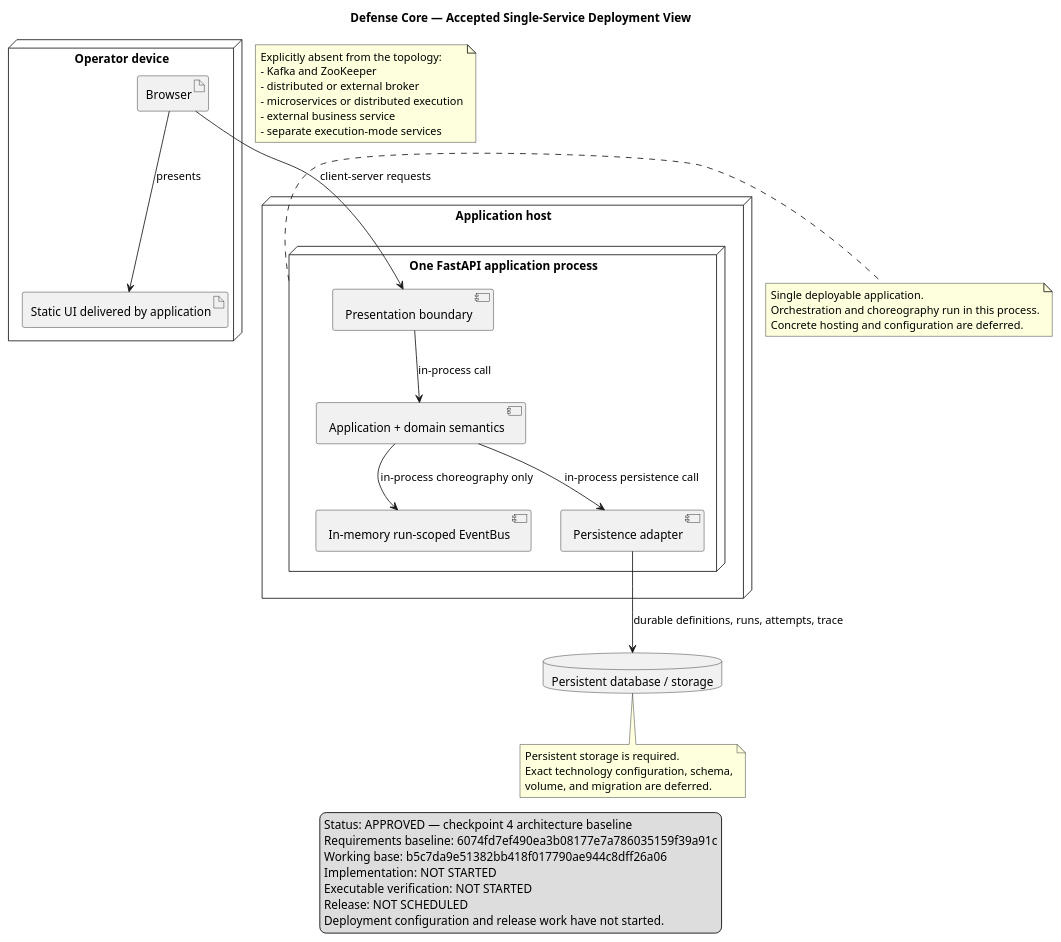
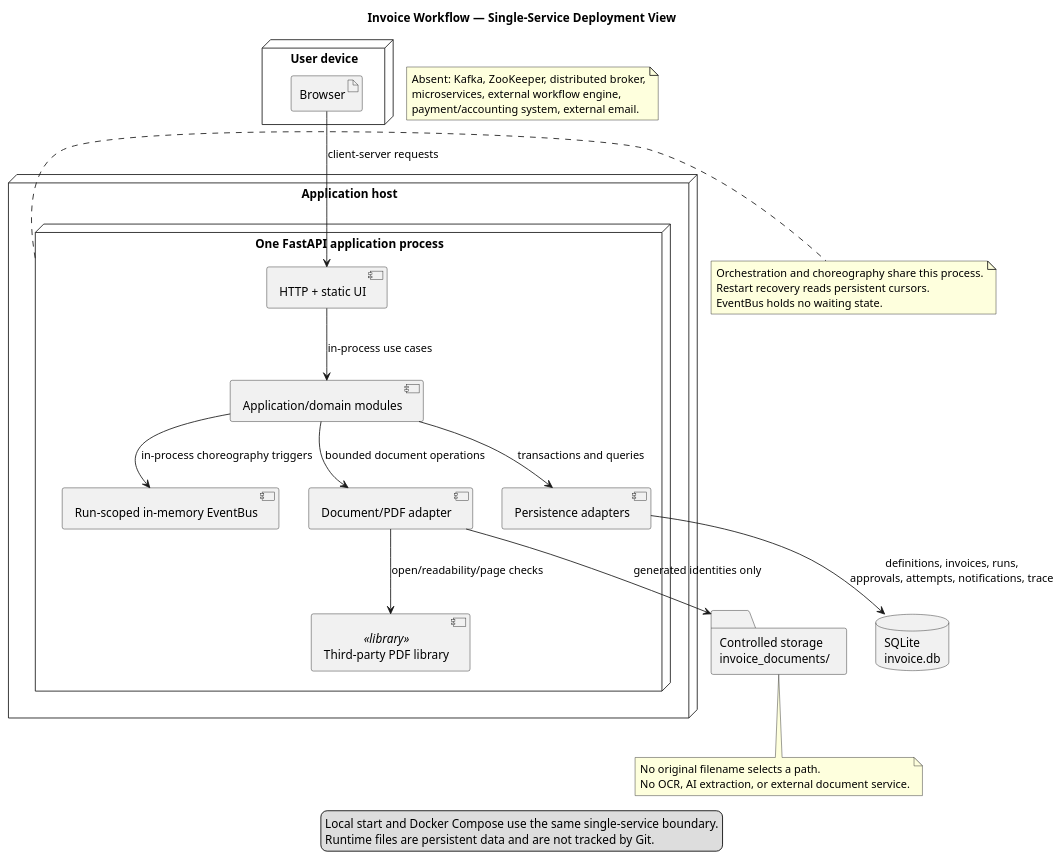
One commit to MAES1102/WMS changed the diagram in docs/architecture/uml/deployment-view.puml. Above: the diagram before and after it, drawn with PlantUML. The commit also changed 147 other files, not shown here.

```diff
--- a/docs/architecture/uml/deployment-view.puml
+++ b/docs/architecture/uml/deployment-view.puml
@@ -1,58 +1,49 @@
 @startuml
-title Defense Core — Accepted Single-Service Deployment View
+title Invoice Workflow — Single-Service Deployment View
 skinparam shadowing false
 
-node "Operator device" as ClientNode {
+node "User device" as Client {
   artifact "Browser" as Browser
-  artifact "Static UI delivered by application" as StaticUI
 }
 
-node "Application host" as AppHost {
-  node "One FastAPI application process" as FastAPI {
-    component "Presentation boundary" as Presentation
-    component "Application + domain semantics" as Core
-    component "In-memory run-scoped EventBus" as EventBus
-    component "Persistence adapter" as Adapter
+node "Application host" as Host {
+  node "One FastAPI application process" as App {
+    component "HTTP + static UI" as HTTP
+    component "Application/domain modules" as Core
+    component "Run-scoped in-memory EventBus" as EventBus
+    component "Persistence adapters" as Persistence
+    component "Document/PDF adapter" as Documents
+    component "Third-party PDF library" as PdfLib <<library>>
   }
 }
 
-database "Persistent database / storage" as Database
+database "SQLite\ninvoice.db" as Database
+folder "Controlled storage\ninvoice_documents/" as Storage
 
-Browser --> StaticUI : presents
-Browser --> Presentation : client-server requests
-Presentation --> Core : in-process call
-Core --> EventBus : in-process choreography only
-Core --> Adapter : in-process persistence call
-Adapter --> Database : durable definitions, runs, attempts, trace
+Browser --> HTTP : client-server requests
+HTTP --> Core : in-process use cases
+Core --> EventBus : in-process choreography triggers
+Core --> Persistence : transactions and queries
+Core --> Documents : bounded document operations
+Persistence --> Database : definitions, invoices, runs,\napprovals, attempts, notifications, trace
+Documents --> Storage : generated identities only
+Documents --> PdfLib : open/readability/page checks
 
-note right of FastAPI
-Single deployable application.
-Orchestration and choreography run in this process.
-Concrete hosting and configuration are deferred.
+note right of App
+Orchestration and choreography share this process.
+Restart recovery reads persistent cursors.
+EventBus holds no waiting state.
 end note
 
-note bottom of Database
-Persistent storage is required.
-Exact technology configuration, schema,
-volume, and migration are deferred.
+note bottom of Storage
+No original filename selects a path.
+No OCR, AI extraction, or external document service.
 end note
 
-note as Exclusions
-Explicitly absent from the topology:
-- Kafka and ZooKeeper
-- distributed or external broker
-- microservices or distributed execution
-- external business service
-- separate execution-mode services
-end note
+note "Absent: Kafka, ZooKeeper, distributed broker,\nmicroservices, external workflow engine,\npayment/accounting system, external email." as Exclusions
 
 legend
-Status: APPROVED — checkpoint 4 architecture baseline
-Requirements baseline: 6074fd7ef490ea3b08177e7a786035159f39a91c
-Working base: b5c7da9e51382bb418f017790ae944c8dff26a06
-Implementation: NOT STARTED
-Executable verification: NOT STARTED
-Release: NOT SCHEDULED
-Deployment configuration and release work have not started.
+Local start and Docker Compose use the same single-service boundary.
+Runtime files are persistent data and are not tracked by Git.
 endlegend
 @enduml
```
